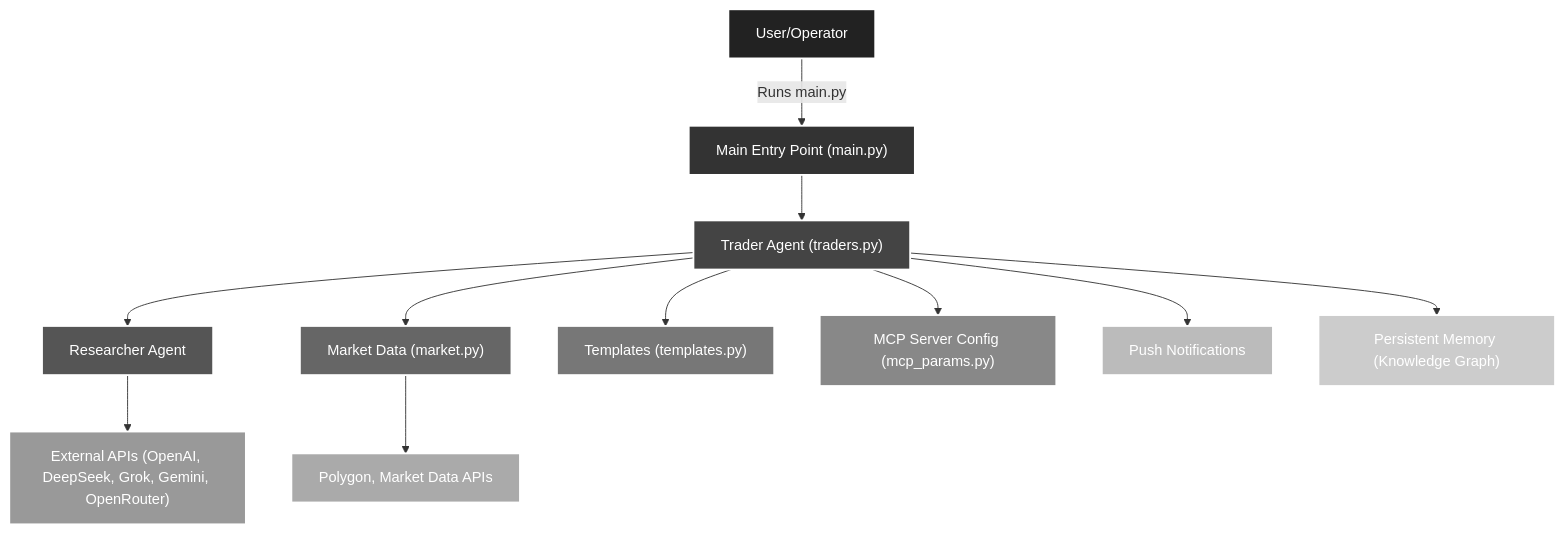
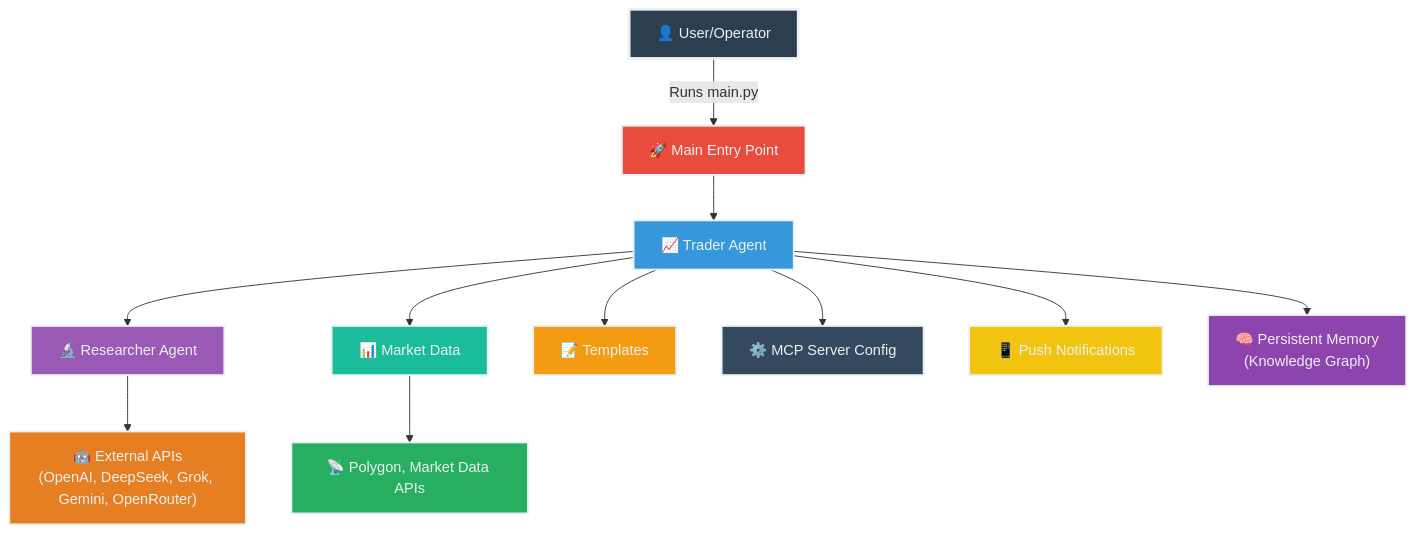
The second of 2 diagrams in README.md (arneesh/mcp-autonomous-traders), drawn with Mermaid before and after one commit. The commit also changed other lines of this file, not shown here.

````diff
--- a/README.md
+++ b/README.md
@@ -25,25 +99,25 @@
 ```mermaid
 flowchart TD
-    A["User/Operator"] -->|"Runs main.py"| B["Main Entry Point (main.py)"]
-    B --> C["Trader Agent (traders.py)"]
-    C --> D["Researcher Agent"]
-    C --> E["Market Data (market.py)"]
-    C --> F["Templates (templates.py)"]
-    C --> G["MCP Server Config (mcp_params.py)"]
-    D --> H["External APIs (OpenAI, DeepSeek, Grok, Gemini, OpenRouter)"]
-    E --> I["Polygon, Market Data APIs"]
-    C --> J["Push Notifications"]
-    C --> K["Persistent Memory (Knowledge Graph)"]
-    style A fill:#222,stroke:#fff,stroke-width:2px,color:#fff
-    style B fill:#333,stroke:#fff,stroke-width:2px,color:#fff
-    style C fill:#444,stroke:#fff,stroke-width:2px,color:#fff
-    style D fill:#555,stroke:#fff,stroke-width:2px,color:#fff
-    style E fill:#666,stroke:#fff,stroke-width:2px,color:#fff
-    style F fill:#777,stroke:#fff,stroke-width:2px,color:#fff
-    style G fill:#888,stroke:#fff,stroke-width:2px,color:#fff
-    style H fill:#999,stroke:#fff,stroke-width:2px,color:#fff
-    style I fill:#aaa,stroke:#fff,stroke-width:2px,color:#fff
-    style J fill:#bbb,stroke:#fff,stroke-width:2px,color:#fff
-    style K fill:#ccc,stroke:#fff,stroke-width:2px,color:#fff
-    classDef highlight fill:#000,stroke:#fff,stroke-width:2px,color:#fff;
+    A["👤 User/Operator"] -->|"Runs main.py"| B["🚀 Main Entry Point"]
+    B --> C["📈 Trader Agent"]
+    C --> D["🔬 Researcher Agent"]
+    C --> E["📊 Market Data"]
+    C --> F["📝 Templates"]
+    C --> G["⚙️ MCP Server Config"]
+    D --> H["🤖 External APIs<br/>(OpenAI, DeepSeek, Grok, Gemini, OpenRouter)"]
+    E --> I["📡 Polygon, Market Data APIs"]
+    C --> J["📱 Push Notifications"]
+    C --> K["🧠 Persistent Memory<br/>(Knowledge Graph)"]
+    
+    style A fill:#2c3e50,stroke:#ecf0f1,stroke-width:3px,color:#ecf0f1
+    style B fill:#e74c3c,stroke:#ecf0f1,stroke-width:2px,color:#ecf0f1
+    style C fill:#3498db,stroke:#ecf0f1,stroke-width:2px,color:#ecf0f1
+    style D fill:#9b59b6,stroke:#ecf0f1,stroke-width:2px,color:#ecf0f1
+    style E fill:#1abc9c,stroke:#ecf0f1,stroke-width:2px,color:#ecf0f1
+    style F fill:#f39c12,stroke:#ecf0f1,stroke-width:2px,color:#ecf0f1
+    style G fill:#34495e,stroke:#ecf0f1,stroke-width:2px,color:#ecf0f1
+    style H fill:#e67e22,stroke:#ecf0f1,stroke-width:2px,color:#ecf0f1
+    style I fill:#27ae60,stroke:#ecf0f1,stroke-width:2px,color:#ecf0f1
+    style J fill:#f1c40f,stroke:#ecf0f1,stroke-width:2px,color:#ecf0f1
+    style K fill:#8e44ad,stroke:#ecf0f1,stroke-width:2px,color:#ecf0f1
 ```
````
